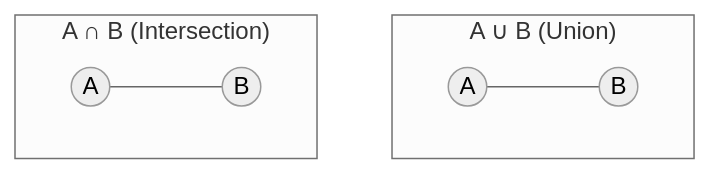
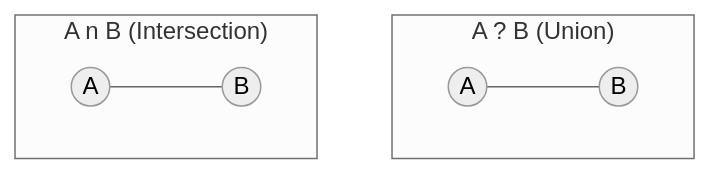
One commit to Raushan666java/ai-engineering-journey changed the third of 4 diagrams in docs/courses/discrete-mathematics/01-sets.md. Above: the diagram before and after it, drawn with Mermaid (neutral theme). The commit also changed other lines of this file and 790 other files, not shown here.

Commit message:
Sync all course diagram renders and content updates

````diff
--- a/docs/courses/discrete-mathematics/01-sets.md
+++ b/docs/courses/discrete-mathematics/01-sets.md
@@ -163,11 +163,11 @@
 ```mermaid
 %%{init: {"flowchart": {"htmlLabels": false}} }%%
 graph TD
-    subgraph "A ∪ B (Union)"
+    subgraph "A ? B (Union)"
         direction LR
         a1((A)) --- b1((B))
     end
-    subgraph "A ∩ B (Intersection)"
+    subgraph "A n B (Intersection)"
         a2((A)) --- b2((B))
     end
 ```
````
